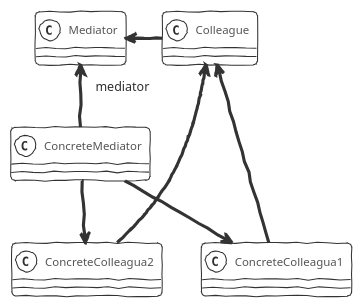
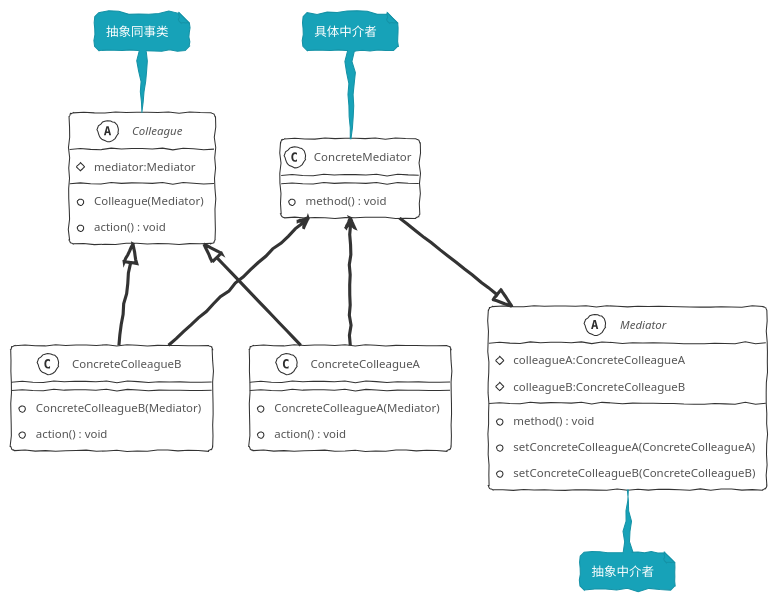
The diagram in source/_posts/DesignPatterns/mediator.md (xiahubs/xiahubs.github.io), drawn with PlantUML before and after one commit. The commit also changed 18 other files, not shown here.

```diff
--- a/source/_posts/DesignPatterns/mediator.md
+++ b/source/_posts/DesignPatterns/mediator.md
@@ -8,28 +8,46 @@
 {% plantuml %}
 !theme sketchy-outline
 
-class Mediator {
-  
+abstract class Colleague
+{
+  # mediator:Mediator
+  + Colleague(Mediator)
+  + action() : void
+}
+note top of Colleague: 抽象同事类
+
+class ConcreteColleagueA
+{
+  + ConcreteColleagueA(Mediator)
+  + action() : void
 }
 
-class ConcreteMediator {
-
-}
-class Colleague {
-
-}
-class ConcreteColleagua1 {
-
-}
-class ConcreteColleagua2 {
-  
+class ConcreteColleagueB
+{
+  + ConcreteColleagueB(Mediator)
+  + action() : void
 }
 
-Colleague "mediator" -left-> Mediator
-ConcreteMediator -up-> Mediator
-ConcreteColleagua1 -up-> Colleague
-ConcreteColleagua2 -up-> Colleague
-ConcreteMediator --> ConcreteColleagua1
-ConcreteMediator --> ConcreteColleagua2
+class ConcreteMediator
+{
+  + method() : void
+}
+note top of ConcreteMediator: 具体中介者
+
+abstract class Mediator
+{
+  # colleagueA:ConcreteColleagueA
+  # colleagueB:ConcreteColleagueB
+  + method() : void
+  + setConcreteColleagueA(ConcreteColleagueA)
+  + setConcreteColleagueB(ConcreteColleagueB)
+}
+note bottom of Mediator: 抽象中介者
+
+Colleague <|-- ConcreteColleagueA
+Colleague <|-- ConcreteColleagueB
+ConcreteMediator <-- ConcreteColleagueA
+ConcreteMediator <-- ConcreteColleagueB
+ConcreteMediator --|> Mediator
 
 {% endplantuml %}
```
